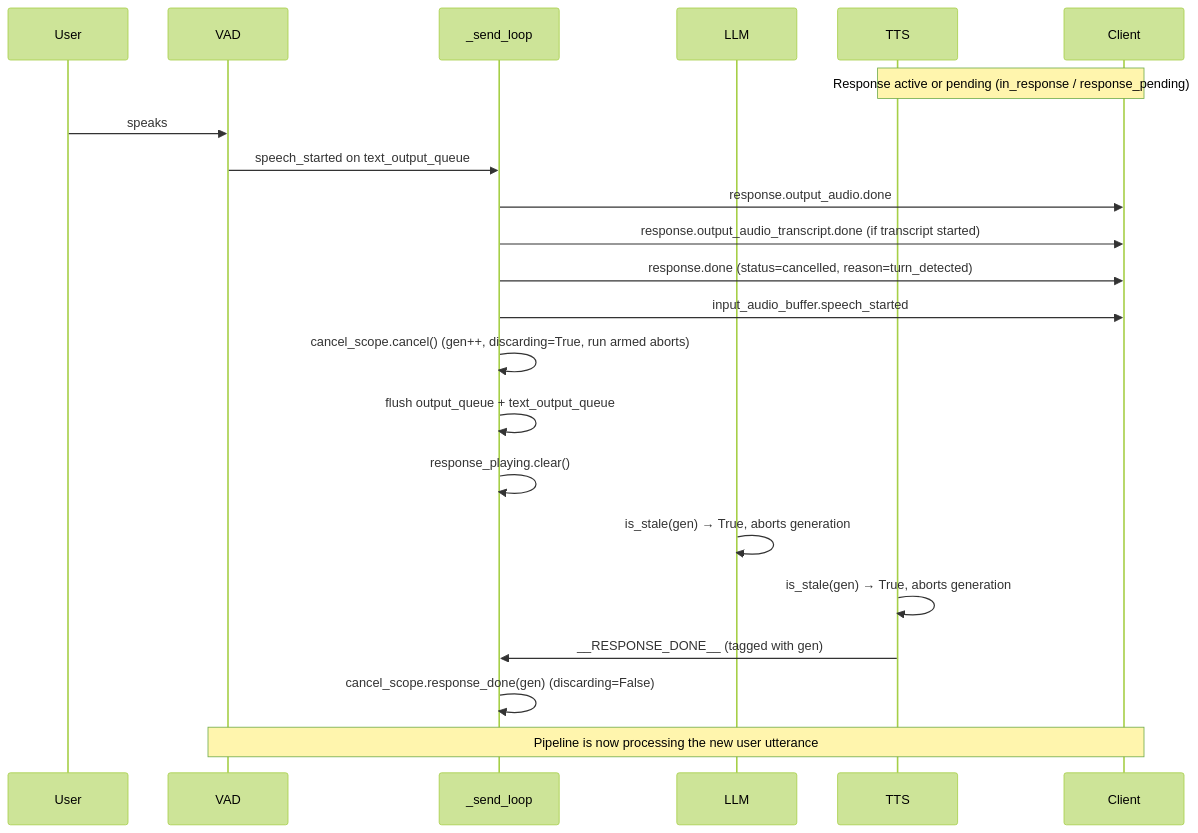
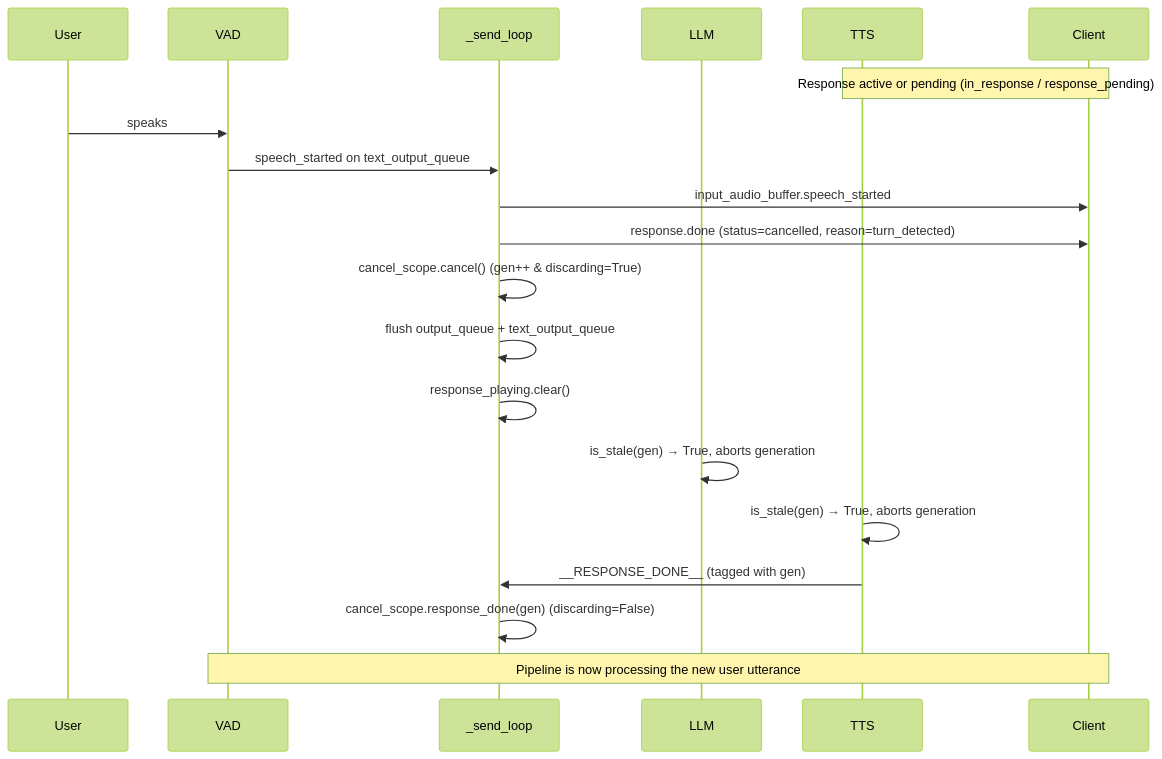
The second of 2 diagrams in src/speech_to_speech/api/openai_realtime/README.md (iansmith/speech-to-speech), drawn with Mermaid (forest theme) before and after one commit. The commit also changed other lines of this file and 186 other files, not shown here.

````diff
--- a/src/speech_to_speech/api/openai_realtime/README.md
+++ b/src/speech_to_speech/api/openai_realtime/README.md
@@ -279,25 +164,23 @@
 ```mermaid
 sequenceDiagram
     participant User
     participant VAD
     participant SendLoop as _send_loop
     participant LLM
     participant TTS
     participant Client
 
     Note over TTS,Client: Response active or pending (in_response / response_pending)
     User->>VAD: speaks
     VAD->>SendLoop: speech_started on text_output_queue
-    SendLoop->>Client: response.output_audio.done
-    SendLoop->>Client: response.output_audio_transcript.done (if transcript started)
+    SendLoop->>Client: input_audio_buffer.speech_started
     SendLoop->>Client: response.done (status=cancelled, reason=turn_detected)
-    SendLoop->>Client: input_audio_buffer.speech_started
-    SendLoop->>SendLoop: cancel_scope.cancel() (gen++, discarding=True, run armed aborts)
+    SendLoop->>SendLoop: cancel_scope.cancel() (gen++ & discarding=True)
     SendLoop->>SendLoop: flush output_queue + text_output_queue
     SendLoop->>SendLoop: response_playing.clear()
     LLM->>LLM: is_stale(gen) → True, aborts generation
     TTS->>TTS: is_stale(gen) → True, aborts generation
     TTS->>SendLoop: __RESPONSE_DONE__ (tagged with gen)
     SendLoop->>SendLoop: cancel_scope.response_done(gen) (discarding=False)
     Note over VAD,Client: Pipeline is now processing the new user utterance
 ```
````
